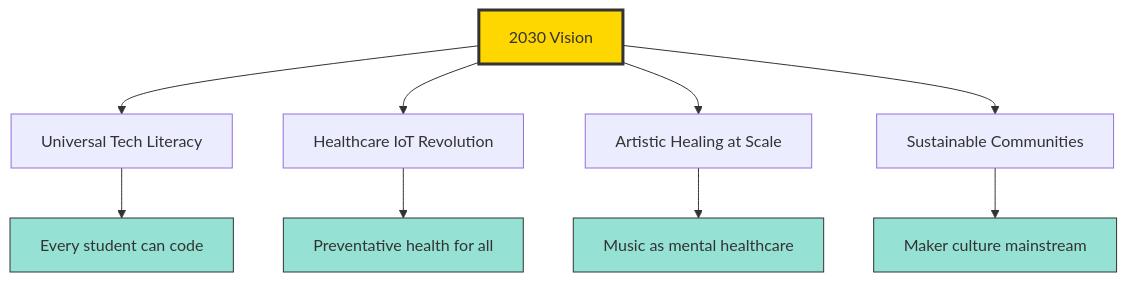
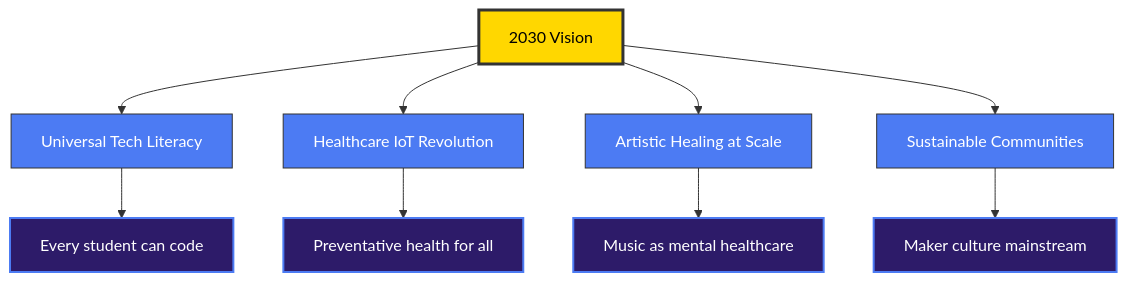
Diagram 11 of 11 in README.md (Tim-Spurlin/Christian-Kota-Contributions-Snapshot), drawn with Mermaid before and after one commit.

Commit message:
Improve text contrast in 2030 Vision Mermaid diagram for better readability

````diff
--- a/README.md
+++ b/README.md
@@ -629,18 +629,22 @@
 ```mermaid
 graph TB
     A[2030 Vision] --> B[Universal Tech Literacy]
     A --> C[Healthcare IoT Revolution]
     A --> D[Artistic Healing at Scale]
     A --> E[Sustainable Communities]
     
     B --> F[Every student can code]
     C --> G[Preventative health for all]
     D --> H[Music as mental healthcare]
     E --> I[Maker culture mainstream]
     
-    style A fill:#FFD700,stroke:#333,stroke-width:3px
-    style F fill:#95E1D3,stroke:#333
-    style G fill:#95E1D3,stroke:#333
-    style H fill:#95E1D3,stroke:#333
-    style I fill:#95E1D3,stroke:#333
+    style A fill:#FFD700,stroke:#333,stroke-width:3px,color:#000
+    style B fill:#4c7bf3,stroke:#333,color:#fff
+    style C fill:#4c7bf3,stroke:#333,color:#fff
+    style D fill:#4c7bf3,stroke:#333,color:#fff
+    style E fill:#4c7bf3,stroke:#333,color:#fff
+    style F fill:#2d1b69,stroke:#4c7bf3,stroke-width:2px,color:#fff
+    style G fill:#2d1b69,stroke:#4c7bf3,stroke-width:2px,color:#fff
+    style H fill:#2d1b69,stroke:#4c7bf3,stroke-width:2px,color:#fff
+    style I fill:#2d1b69,stroke:#4c7bf3,stroke-width:2px,color:#fff
 ```
````
